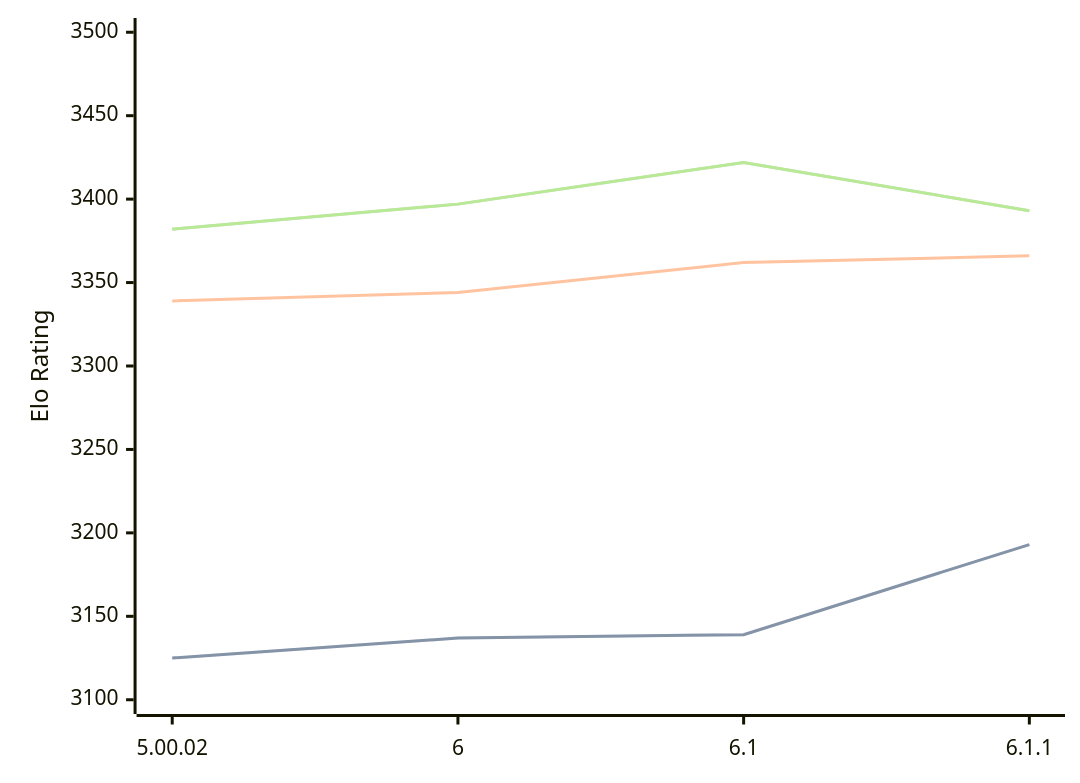
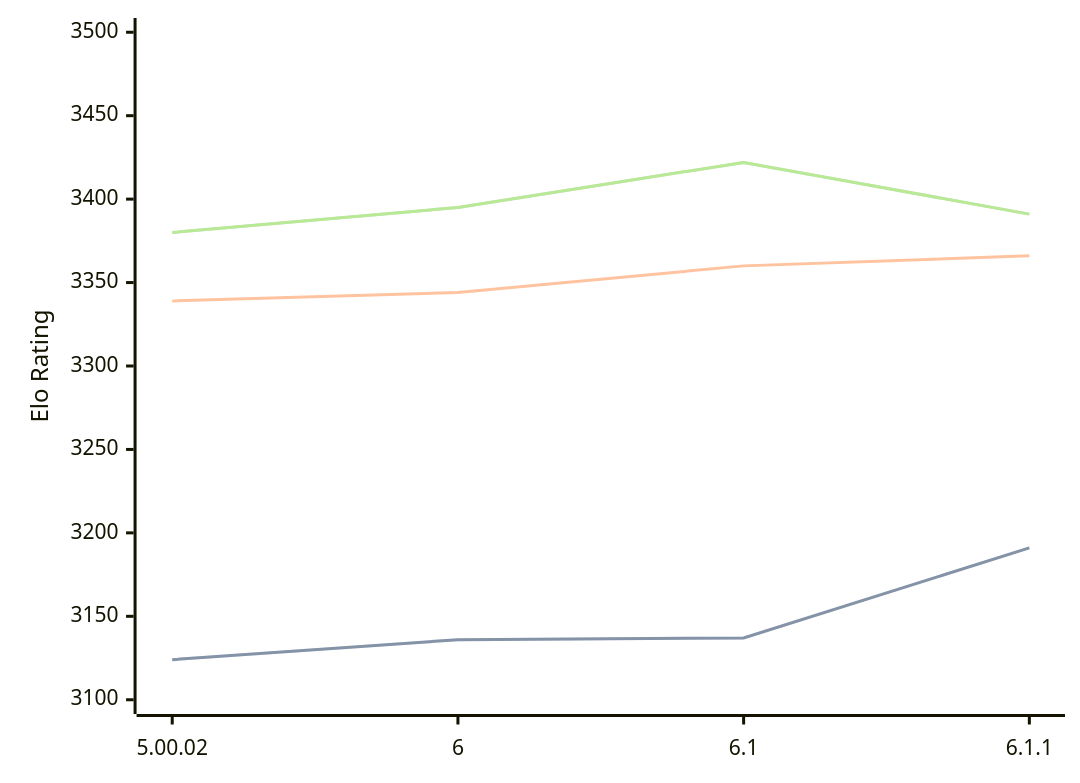
One commit to computer-chess-index/cci changed the third of 3 diagrams in engines/Zangdar.md. Above: the diagram before and after it, drawn with Mermaid. The commit also changed other lines of this file, not shown here.

Commit message:
Update CCI Ratings (ELO VLTC) - 2026-07-15

````diff
--- a/engines/Zangdar.md
+++ b/engines/Zangdar.md
@@ -80,11 +80,11 @@
 ```mermaid
 %%{init: {"theme":"base","themeVariables":{"seriesColors:['#a3a3a3','#222221','#faa371']}}}%%
 xychart-beta
   x-axis ["5.00.02", "6", "6.1", "6.1.1"]
   y-axis "Elo Rating" 3100 --> 3500
-  line "STC (8.0+0.08s)" [3125, 3137, 3139, 3193]
-  line "STC (8.0+0.08s)" [3125, 3137, 3139, 3193]
-  line "LTC (60.0+0.60s)" [3339, 3344, 3362, 3366]
-  line "VLTC (2m24s+1.12s)" [3382, 3397, 3422, 3393]
-  line "VLTC (2m24s+1.12s)" [3382, 3397, 3422, 3393]
+  line "STC (8.0+0.08s)" [3124, 3136, 3137, 3191]
+  line "STC (8.0+0.08s)" [3124, 3136, 3137, 3191]
+  line "LTC (60.0+0.60s)" [3339, 3344, 3360, 3366]
+  line "VLTC (2m24s+1.12s)" [3380, 3395, 3422, 3391]
+  line "VLTC (2m24s+1.12s)" [3380, 3395, 3422, 3391]
 ```
````
